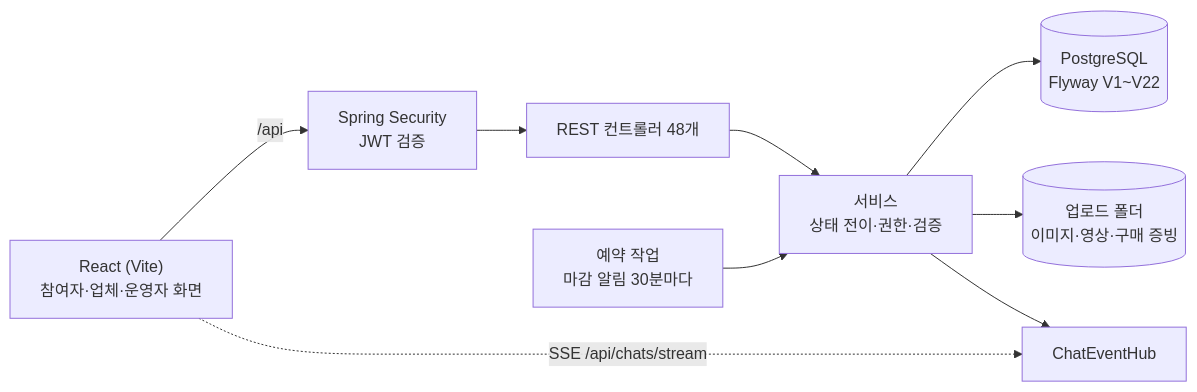
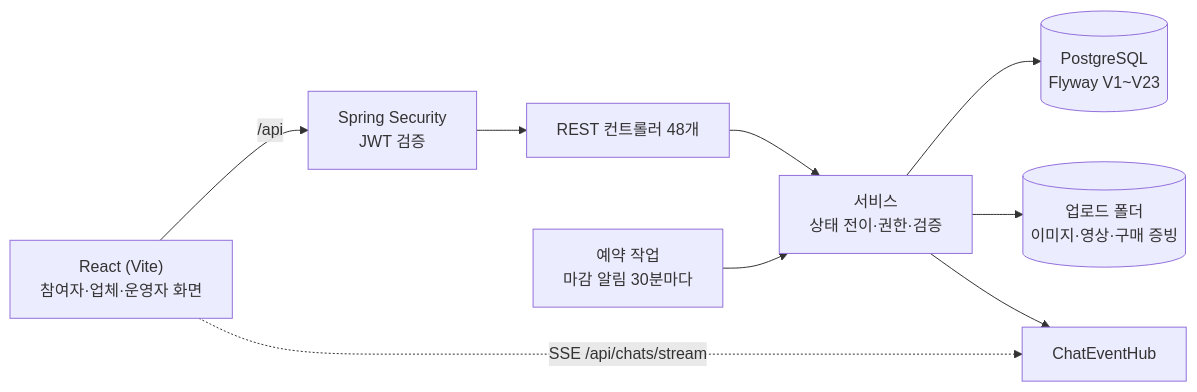
One commit to yoo-jin-k/movrit-backend changed the first of 2 diagrams in README.md. Above: the diagram before and after it, drawn with Mermaid. The commit also changed other lines of this file and 26 other files, not shown here.

````diff
--- a/README.md
+++ b/README.md
@@ -73,10 +73,10 @@
 ```mermaid
 flowchart LR
   FE["React (Vite)<br/>참여자·업체·운영자 화면"] -- "/api" --> SEC["Spring Security<br/>JWT 검증"]
   FE -. "SSE /api/chats/stream" .-> CHAT["ChatEventHub"]
   SEC --> API["REST 컨트롤러 48개"] --> SVC["서비스<br/>상태 전이·권한·검증"]
-  SVC --> DB[("PostgreSQL<br/>Flyway V1~V22")]
+  SVC --> DB[("PostgreSQL<br/>Flyway V1~V23")]
   SVC --> FS[("업로드 폴더<br/>이미지·영상·구매 증빙")]
   SVC --> CHAT
   JOB["예약 작업<br/>마감 알림 30분마다"] --> SVC
 ```
````
